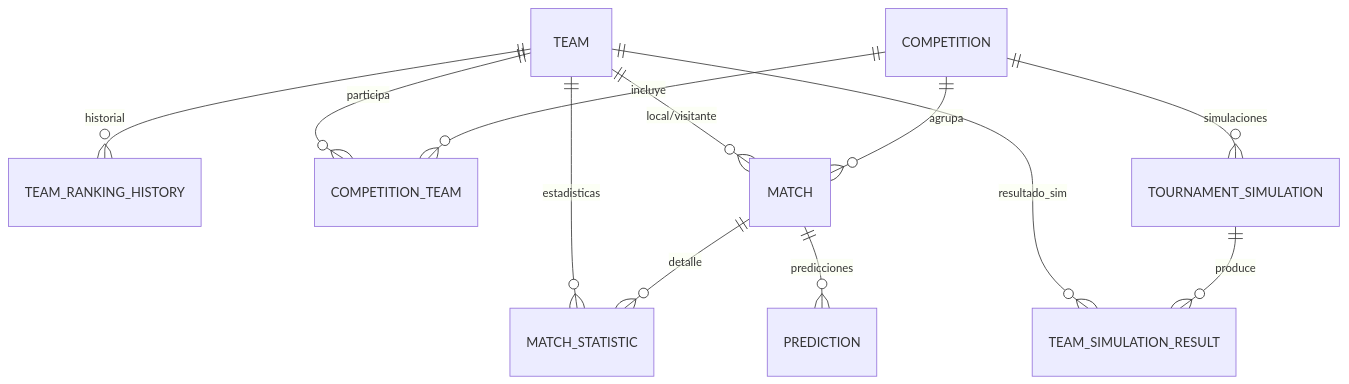
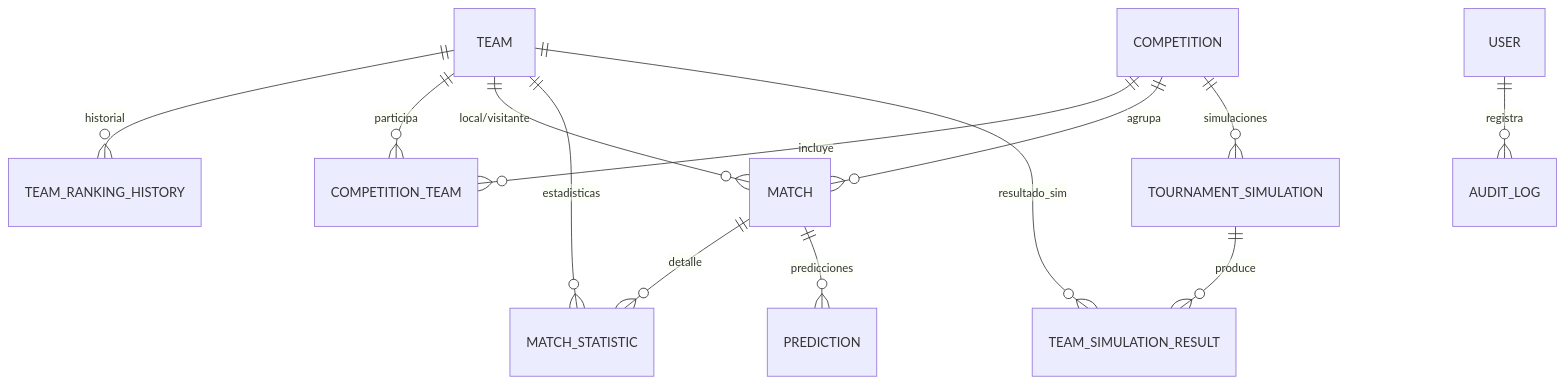
Before and after one commit to PaulRrH/football-analytics-platform: the diagram in docs/DATABASE.md, drawn with Mermaid. The commit also changed other lines of this file and 71 other files, not shown here.

First line of the commit message:
feat: Fase 6 - panel admin (auth JWT, gestion usuarios/roles, audit log)

````diff
--- a/docs/DATABASE.md
+++ b/docs/DATABASE.md
@@ -10,14 +10,15 @@
 ```mermaid
 erDiagram
     TEAM ||--o{ TEAM_RANKING_HISTORY : historial
     TEAM ||--o{ COMPETITION_TEAM : participa
     TEAM ||--o{ MATCH : "local/visitante"
     TEAM ||--o{ MATCH_STATISTIC : estadisticas
     TEAM ||--o{ TEAM_SIMULATION_RESULT : resultado_sim
     COMPETITION ||--o{ COMPETITION_TEAM : incluye
     COMPETITION ||--o{ MATCH : agrupa
     COMPETITION ||--o{ TOURNAMENT_SIMULATION : simulaciones
     MATCH ||--o{ MATCH_STATISTIC : detalle
     MATCH ||--o{ PREDICTION : predicciones
     TOURNAMENT_SIMULATION ||--o{ TEAM_SIMULATION_RESULT : produce
+    USER ||--o{ AUDIT_LOG : registra
 ```
````
